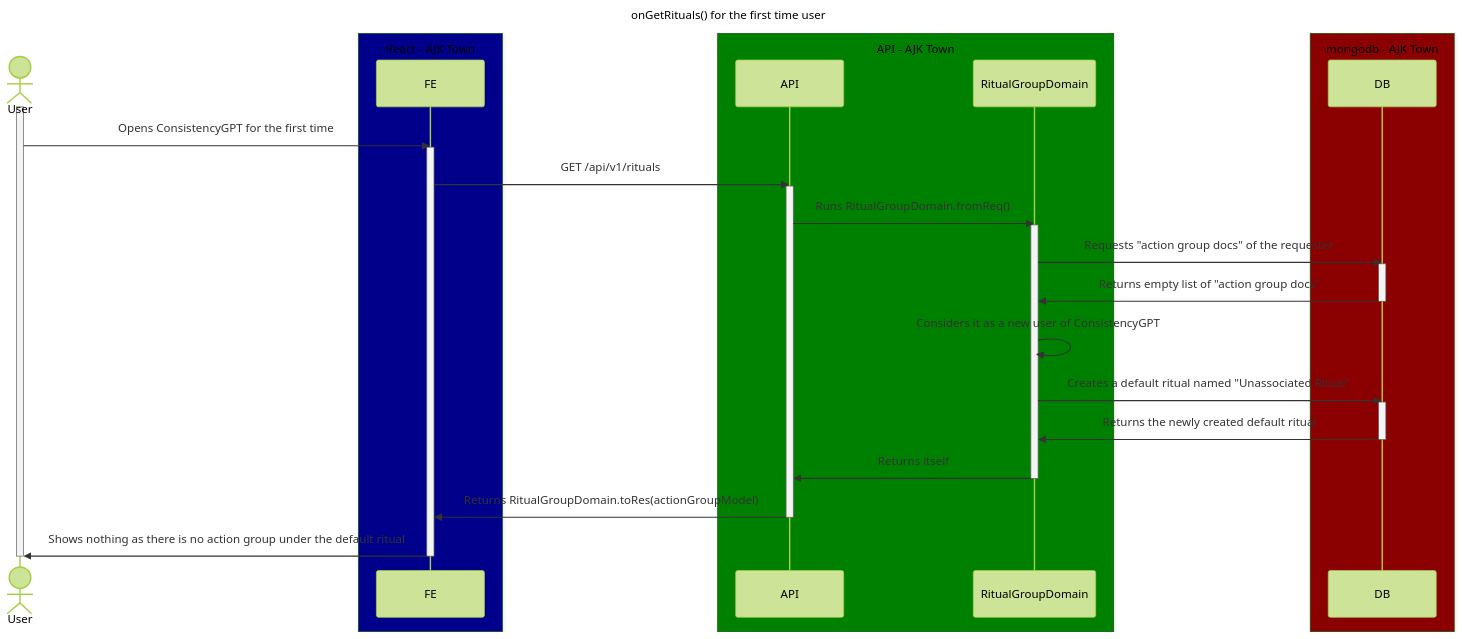
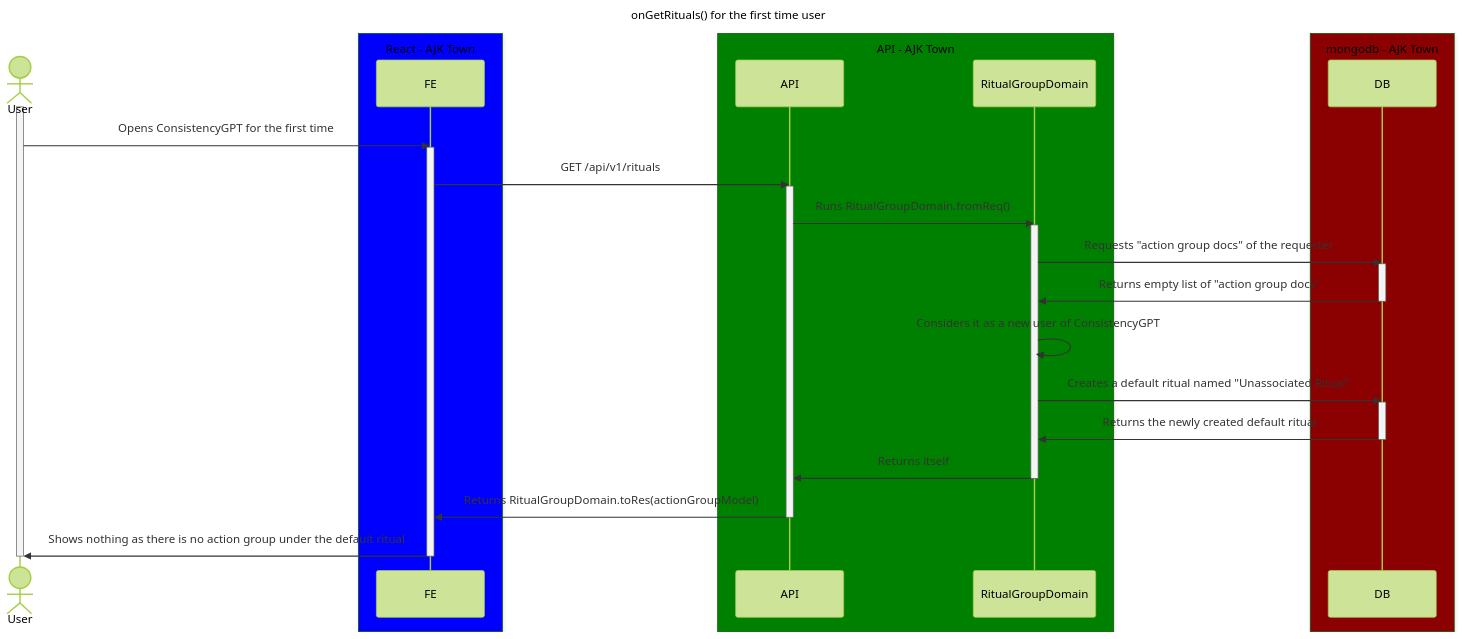
The diagram in dev_consistency/diagrams/on-get-rituals-first-time.md (ajktown/docs), drawn with Mermaid (forest theme) before and after one commit.

Commit message:
feat: blue instead

````diff
--- a/dev_consistency/diagrams/on-get-rituals-first-time.md
+++ b/dev_consistency/diagrams/on-get-rituals-first-time.md
@@ -18,42 +18,42 @@
 ```mermaid
 
 sequenceDiagram
 title: onGetRituals() for the first time user
 
 actor user as User
-box DarkBlue React - AJK Town
+box Blue React - AJK Town
   participant fe as FE
 end
 box Green API - AJK Town
   participant api as API
   participant domain as RitualGroupDomain
 end
 box DarkRed mongodb - AJK Town
   participant db as DB
 end
 
 
 activate user
   user ->> fe: Opens ConsistencyGPT for the first time
   activate fe
     fe ->> api: GET /api/v1/rituals
     activate api
       api ->> domain: Runs RitualGroupDomain.fromReq()
       activate domain
         domain ->> db: Requests "action group docs" of the requester
         activate db
           db ->> domain: Returns empty list of "action group docs"
         deactivate db
         domain ->> domain: Considers it as a new user of ConsistencyGPT
         domain ->> db: Creates a default ritual named "Unassociated Ritual"
         activate db
           db ->> domain: Returns the newly created default ritual
         deactivate db
         domain ->> api: Returns itself
       deactivate domain
       api ->> fe: Returns RitualGroupDomain.toRes(actionGroupModel)
     deactivate api
     fe ->> user: Shows nothing as there is no action group under the default ritual
   deactivate fe
 deactivate user
 ```
````
